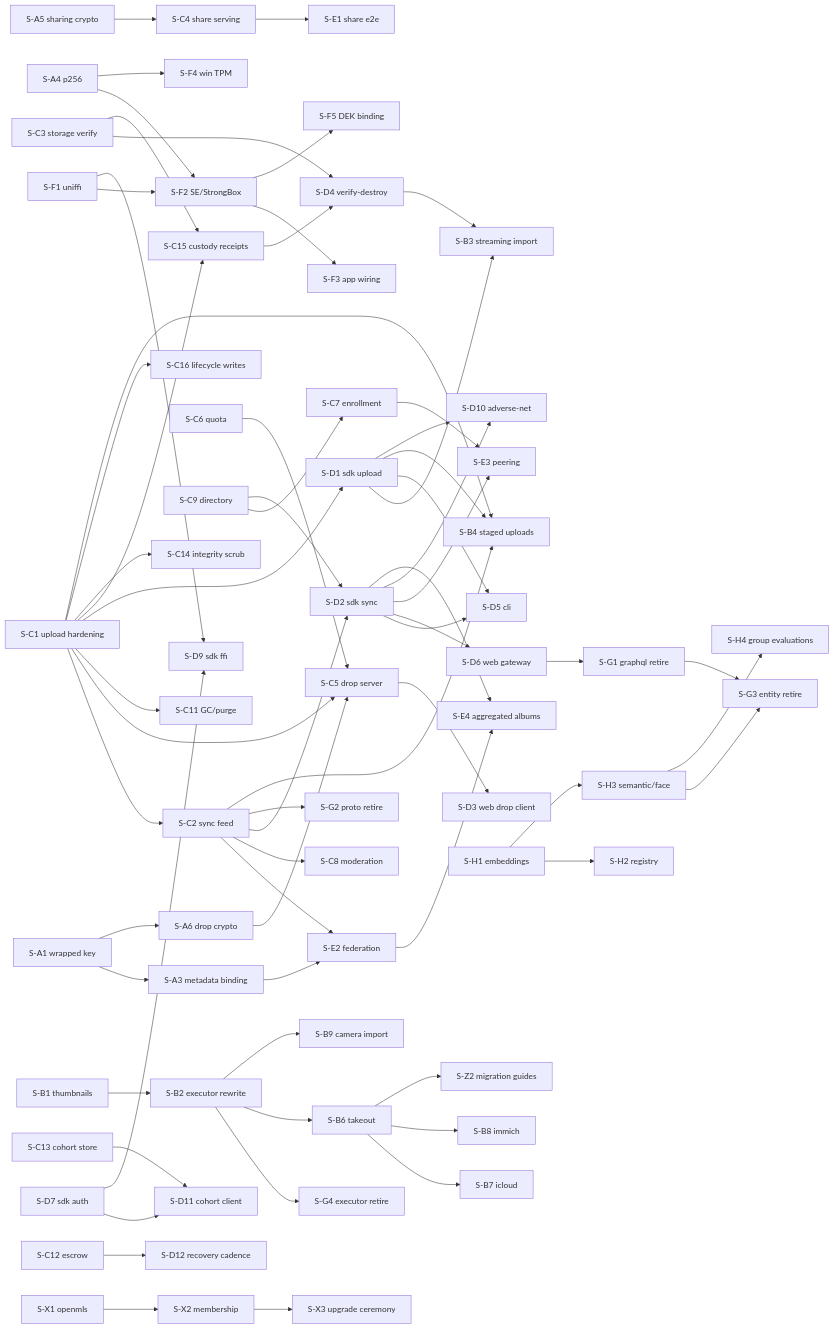
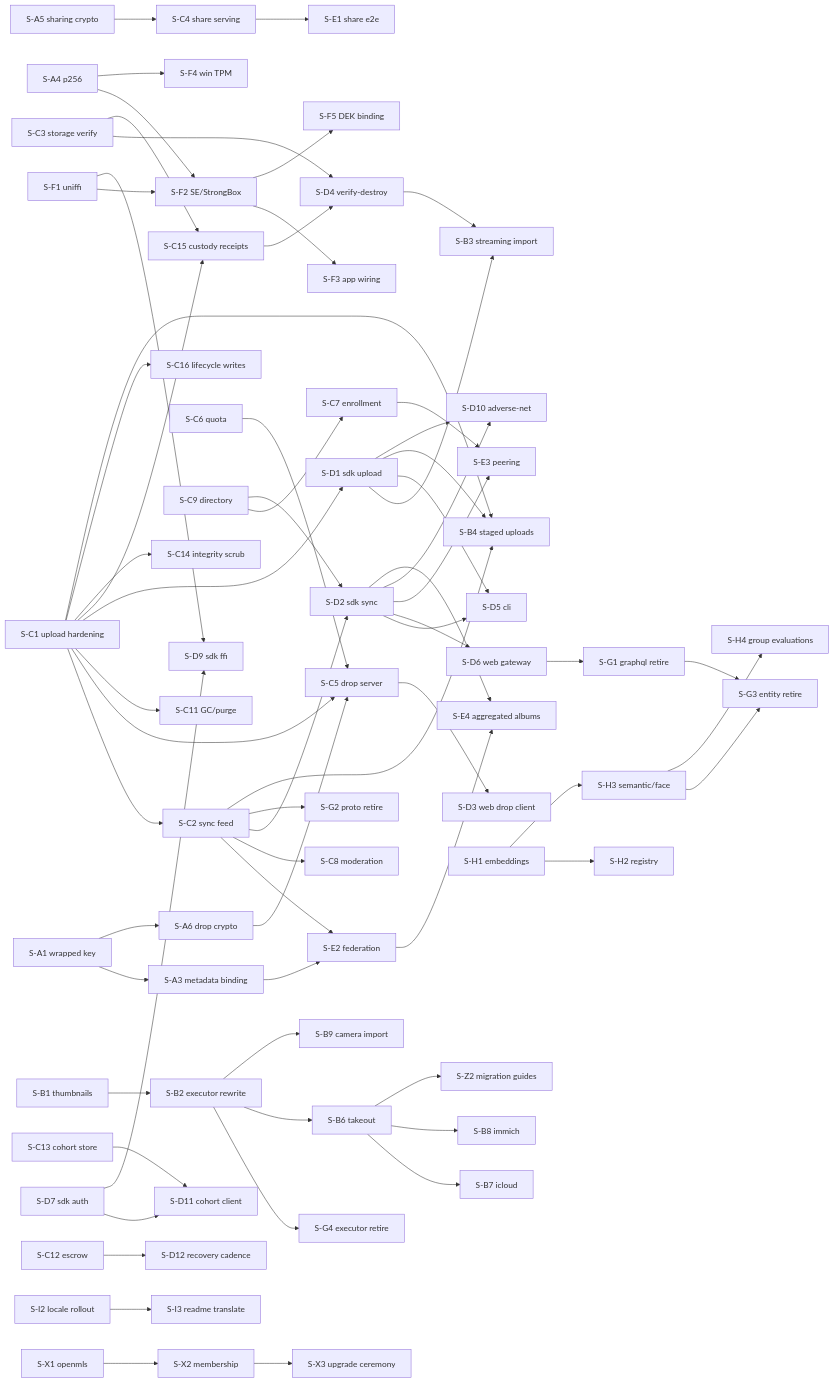
Before and after one commit to Capsulsaurus/Capsule: the diagram in SLICES.md, drawn with Mermaid. The commit also changed other lines of this file and 2 other files, not shown here.

````diff
--- a/SLICES.md
+++ b/SLICES.md
@@ -136,50 +139,51 @@
 ```mermaid
 graph LR
   A1[S-A1 wrapped key] --> A3[S-A3 metadata binding] --> E2[S-E2 federation]
   A1 --> A6[S-A6 drop crypto] --> C5[S-C5 drop server] --> D3[S-D3 web drop client]
   A5[S-A5 sharing crypto] --> C4[S-C4 share serving] --> E1[S-E1 share e2e]
   A4[S-A4 p256] --> F2[S-F2 SE/StrongBox] --> F3[S-F3 app wiring]
   F1[S-F1 uniffi] --> F2
   F2 --> F5[S-F5 DEK binding]
   A4 --> F4[S-F4 win TPM]
   C1[S-C1 upload hardening] --> C2[S-C2 sync feed] --> E2
   C1 --> C5
   C1 --> C11[S-C11 GC/purge]
   C1 --> D1[S-D1 sdk upload]
   C2 --> C8[S-C8 moderation]
   C2 --> D2[S-D2 sdk sync] --> D5[S-D5 cli]
   C2 --> G2[S-G2 proto retire]
   C6[S-C6 quota] --> C5
   C9[S-C9 directory] --> C7[S-C7 enrollment] --> E3[S-E3 peering]
   C9 --> D2 --> D6[S-D6 web gateway] --> G1[S-G1 graphql retire] --> G3[S-G3 entity retire]
   C3[S-C3 storage verify] --> D4[S-D4 verify-destroy] --> B3[S-B3 streaming import]
   C1 --> C15[S-C15 custody receipts]
   C3 --> C15
   C15 --> D4
   C1 --> C14[S-C14 integrity scrub]
   C1 --> C16[S-C16 lifecycle writes]
   D1 --> B3
   D1 --> D5
   D2 --> E3
   B1[S-B1 thumbnails] --> B2[S-B2 executor rewrite] --> G4[S-G4 executor retire]
   B2 --> B6[S-B6 takeout] --> B7[S-B7 icloud]
   B6 --> B8[S-B8 immich]
   B6 --> Z2[S-Z2 migration guides]
   B2 --> B9[S-B9 camera import]
   H1[S-H1 embeddings] --> H2[S-H2 registry]
   H1 --> H3[S-H3 semantic/face] --> G3
   X1[S-X1 openmls] --> X2[S-X2 membership] --> X3[S-X3 upgrade ceremony]
   C1 --> B4[S-B4 staged uploads]
   C2 --> B4
   D1 --> B4
   D1 --> D10[S-D10 adverse-net]
   D2 --> D10
   C13[S-C13 cohort store] --> D11[S-D11 cohort client]
   D7[S-D7 sdk auth] --> D11
   D7 --> D9[S-D9 sdk ffi]
   F1 --> D9
   C12[S-C12 escrow] --> D12[S-D12 recovery cadence]
   E2 --> E4[S-E4 aggregated albums]
   D2 --> E4
   H3 --> H4[S-H4 group evaluations]
+  I2[S-I2 locale rollout] --> I3[S-I3 readme translate]
 ```
````
